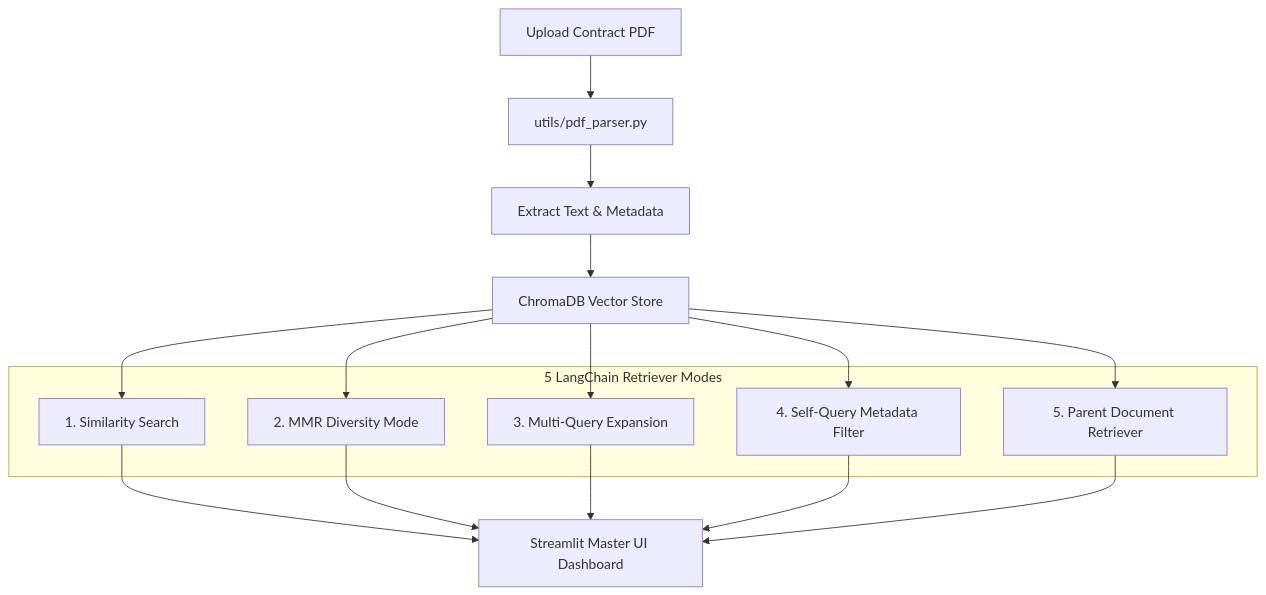
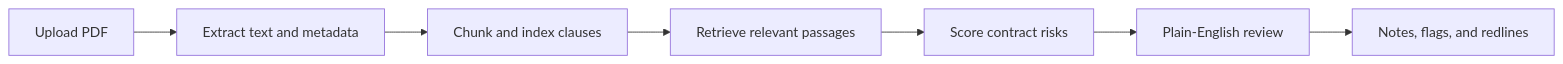
Before and after one commit to ShaniOnGitHub/ContractClaw: the diagram in README.md, drawn with Mermaid. The commit also changed other lines of this file and 1 other file, not shown here.

````diff
--- a/README.md
+++ b/README.md
@@ -38,26 +33,9 @@
 ```mermaid
-graph TD
-    A[Upload Contract PDF] --> B[utils/pdf_parser.py]
-    B --> C[Extract Text & Metadata]
-    C --> D[ChromaDB Vector Store]
-    
-    subgraph "5 LangChain Retriever Modes"
-        E[1. Similarity Search]
-        F[2. MMR Diversity Mode]
-        G[3. Multi-Query Expansion]
-        H[4. Self-Query Metadata Filter]
-        I[5. Parent Document Retriever]
-    end
-    
-    D --> E
-    D --> F
-    D --> G
-    D --> H
-    D --> I
-    
-    E --> J[Streamlit Master UI Dashboard]
-    F --> J
-    G --> J
-    H --> J
-    I --> J
+graph LR
+    A[Upload PDF] --> B[Extract text and metadata]
+    B --> C[Chunk and index clauses]
+    C --> D[Retrieve relevant passages]
+    D --> E[Score contract risks]
+    E --> F[Plain-English review]
+    F --> G[Notes, flags, and redlines]
 ```
````
